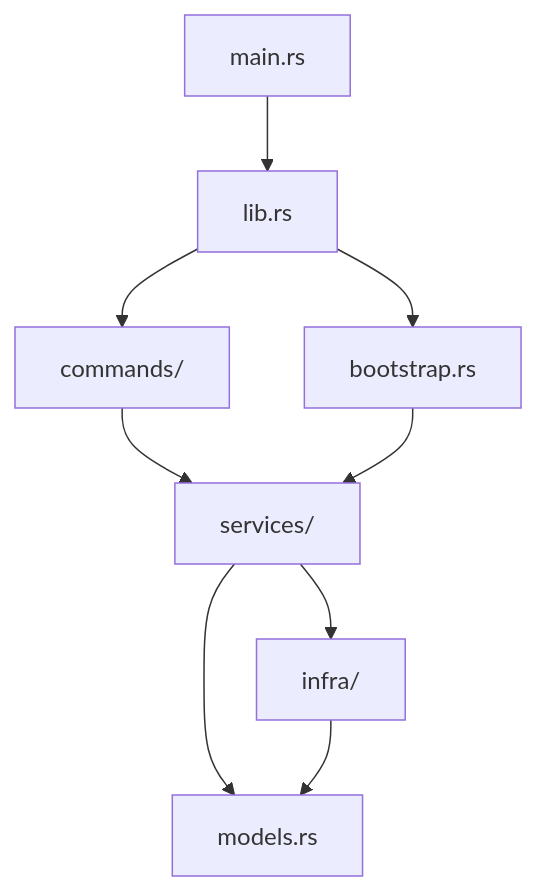
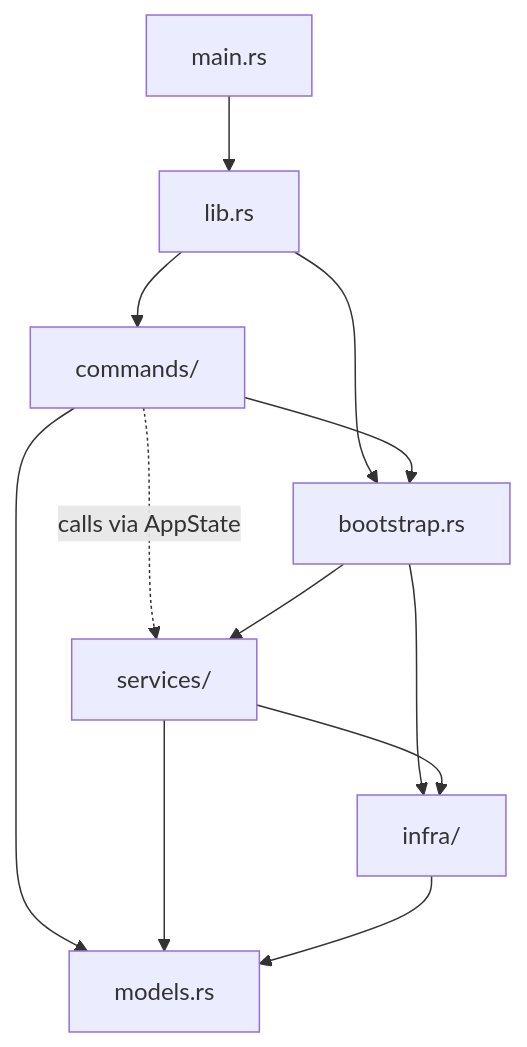
One commit to stkii/sai changed the second of 2 diagrams in docs/ARCHITECTURE.md. Above: the diagram before and after it, drawn with Mermaid. The commit also changed other lines of this file, not shown here.

First line of the commit message:
docs: ARCHITECTURE の依存図を実装に合わせて修正

````diff
--- a/docs/ARCHITECTURE.md
+++ b/docs/ARCHITECTURE.md
@@ -201,13 +212,17 @@
 ```mermaid
 flowchart TD
   M[main.rs] --> L[lib.rs]
   L --> B[bootstrap.rs]
   L --> C[commands/]
 
-  C --> S[services/]
-  S --> I[infra/]
-  S --> MO[models.rs]
-  I --> MO
+  C --> B
+  C --> MO[models.rs]
+  C -.calls via AppState.-> S[services/]
 
   B --> S
+  B --> I[infra/]
+
+  S --> I
+  S --> MO
+  I --> MO
 ```
````
